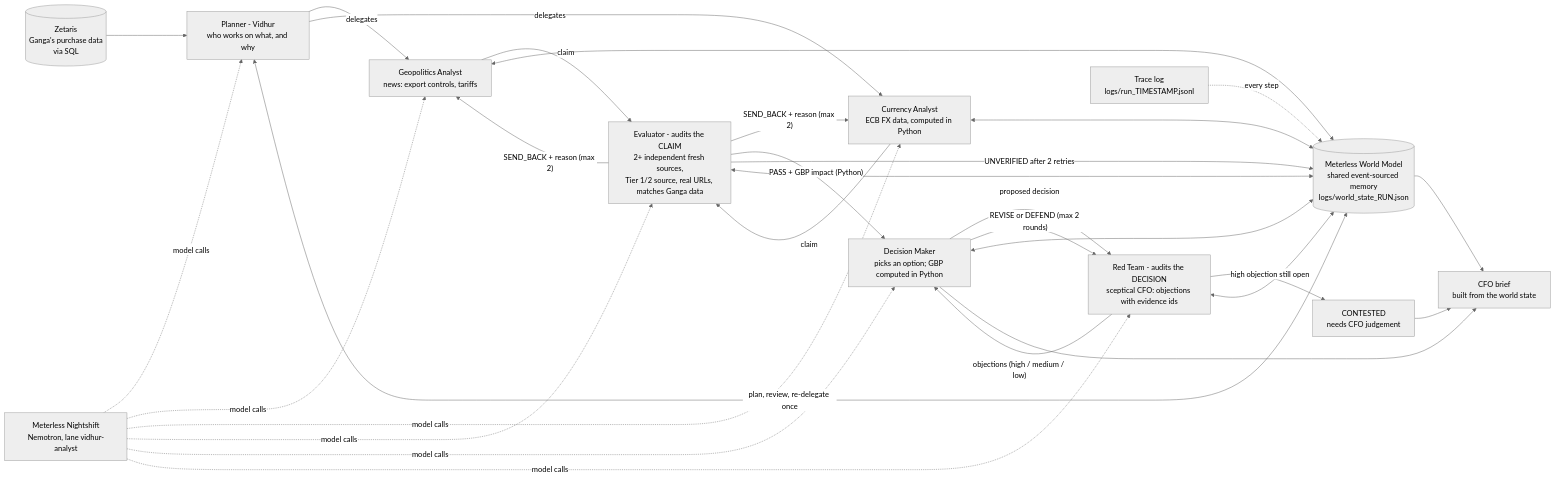
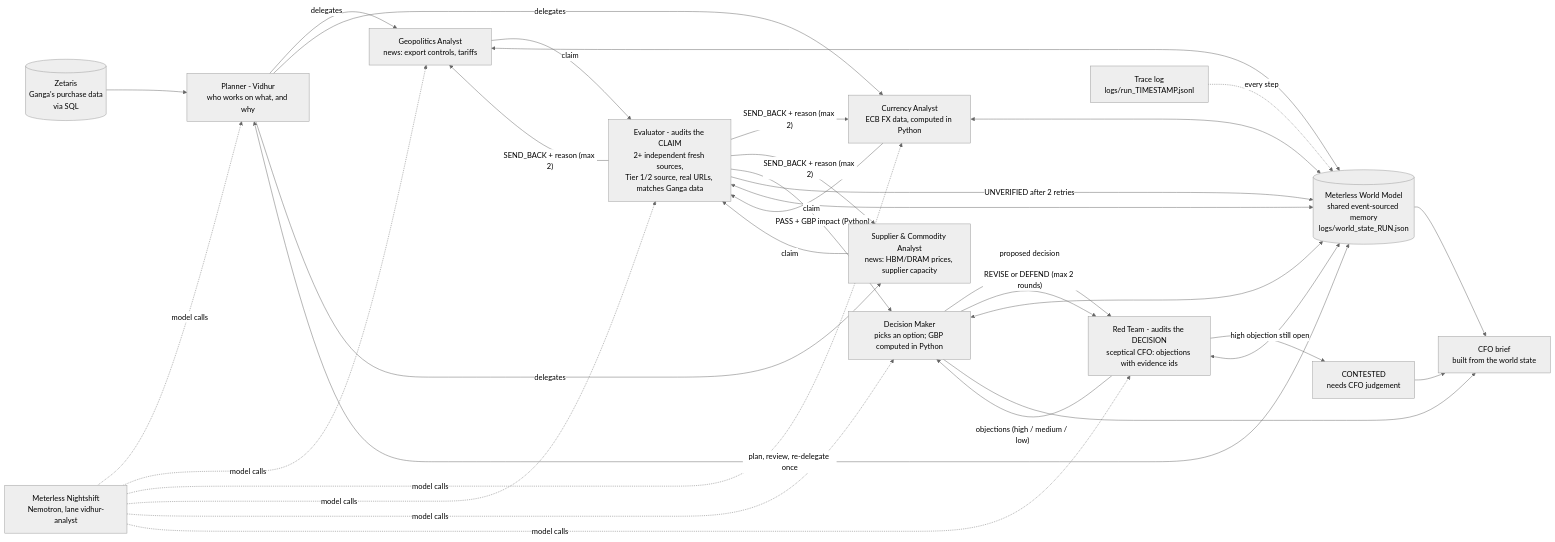
One commit to micneeraj/vidhur changed the diagram in README.md. Above: the diagram before and after it, drawn with Mermaid (neutral theme). The commit also changed other lines of this file and 15 other files, not shown here.

Commit message:
Add Supplier & Commodity Analyst (D3, Korea memory)

````diff
--- a/README.md
+++ b/README.md
@@ -83,27 +83,29 @@
 ```mermaid
 flowchart LR
     Z[(Zetaris<br/>Ganga's purchase data<br/>via SQL)] --> P
     N[Meterless Nightshift<br/>Nemotron, lane vidhur-analyst] -.model calls.-> P & G & C & E & D & R
     P["Planner - Vidhur<br/>who works on what, and why"] -->|delegates| G["Geopolitics Analyst<br/>news: export controls, tariffs"]
     P -->|delegates| C["Currency Analyst<br/>ECB FX data, computed in Python"]
+    P -->|delegates| S["Supplier & Commodity Analyst<br/>news: HBM/DRAM prices, supplier capacity"]
+    S -->|claim| E
     G -->|claim| E["Evaluator - audits the CLAIM<br/>2+ independent fresh sources,<br/>Tier 1/2 source, real URLs, matches Ganga data"]
     C -->|claim| E
-    E -->|"SEND_BACK + reason (max 2)"| G & C
+    E -->|"SEND_BACK + reason (max 2)"| G & C & S
     E -->|"PASS + GBP impact (Python)"| D["Decision Maker<br/>picks an option; GBP computed in Python"]
     E -->|"UNVERIFIED after 2 retries"| W
     D -->|proposed decision| R["Red Team - audits the DECISION<br/>sceptical CFO: objections with evidence ids"]
     R -->|"objections (high / medium / low)"| D
     D -->|"REVISE or DEFEND (max 2 rounds)"| R
     R -->|"high objection still open"| X["CONTESTED<br/>needs CFO judgement"]
     W[("Meterless World Model<br/>shared event-sourced memory<br/>logs/world_state_RUN.json")]
     P <-->|plan, review, re-delegate once| W
     G <--> W
     C <--> W
     E <--> W
     D <--> W
     R <--> W
     D --> B
     X --> B
     W --> B[CFO brief<br/>built from the world state]
     T[Trace log<br/>logs/run_TIMESTAMP.jsonl] -.every step.-> W
 ```
````
